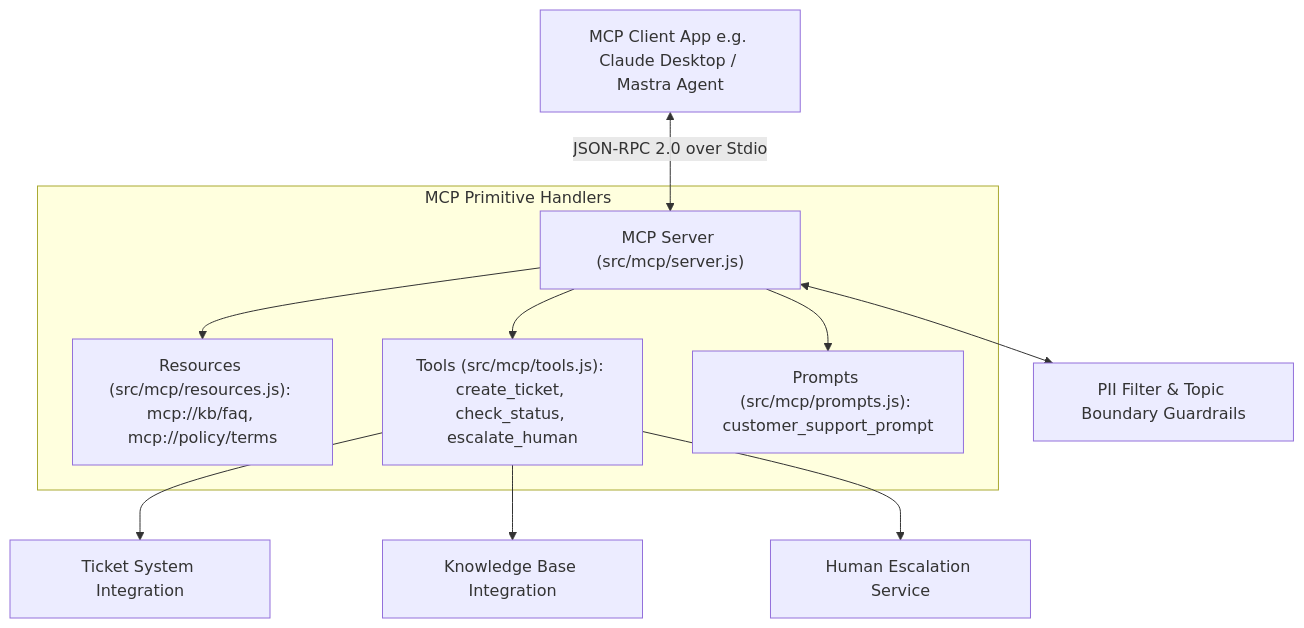
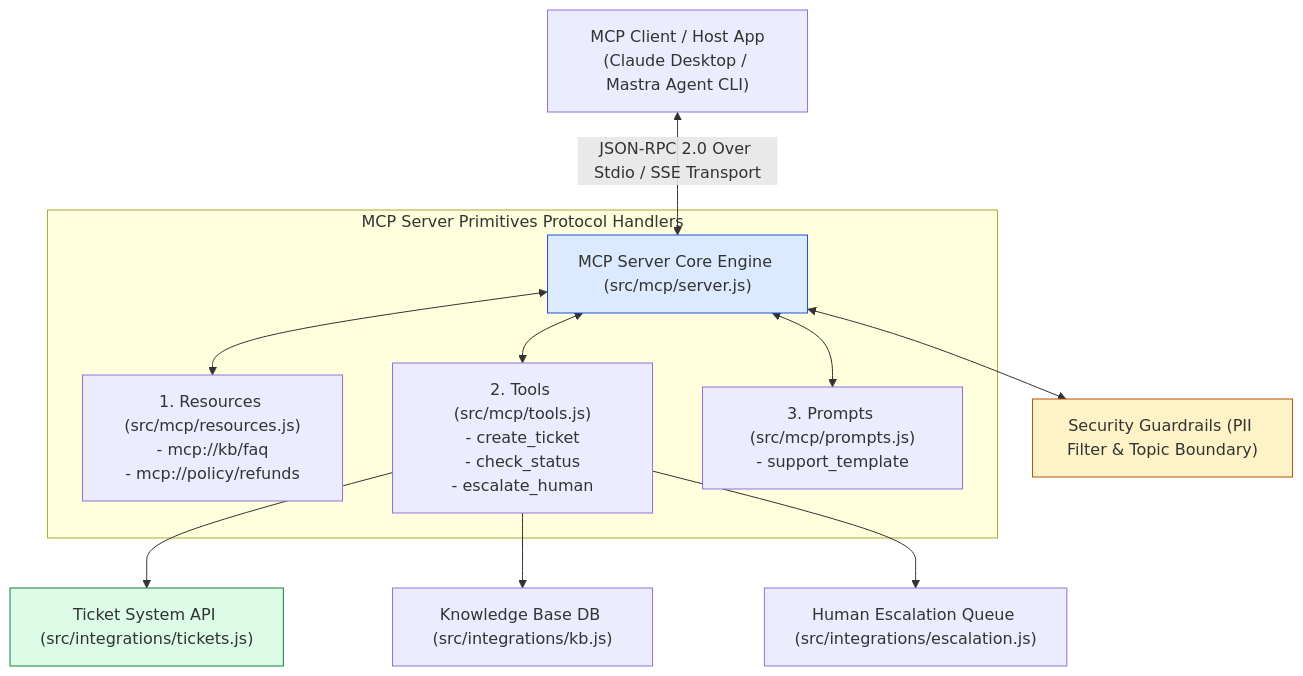
The first of 3 diagrams in agentic-ai-notes/06-seva-mcp/00-seva-mcp-overview.md (Amie-dev/engineering-playbook), drawn with Mermaid before and after one commit. The commit also changed other lines of this file and 12 other files, not shown here.

````diff
--- a/agentic-ai-notes/06-seva-mcp/00-seva-mcp-overview.md
+++ b/agentic-ai-notes/06-seva-mcp/00-seva-mcp-overview.md
@@ -10,16 +13,20 @@
 ```mermaid
 flowchart TD
-    Client[MCP Client App e.g. Claude Desktop / Mastra Agent] <-->|JSON-RPC 2.0 over Stdio| MCPServer["MCP Server (src/mcp/server.js)"]
+    HostClient["MCP Client / Host App<br/>(Claude Desktop / Mastra Agent CLI)"] <-->|"JSON-RPC 2.0 Over Stdio / SSE Transport"| MCPServer["MCP Server Core Engine (src/mcp/server.js)"]
 
-    subgraph MCP Primitive Handlers
-        MCPServer --> Resources["Resources (src/mcp/resources.js): mcp://kb/faq, mcp://policy/terms"]
-        MCPServer --> Tools["Tools (src/mcp/tools.js): create_ticket, check_status, escalate_human"]
-        MCPServer --> Prompts["Prompts (src/mcp/prompts.js): customer_support_prompt"]
+    subgraph MCP Server Primitives Protocol Handlers
+        MCPServer <--> Resources["1. Resources (src/mcp/resources.js)<br/>- mcp://kb/faq<br/>- mcp://policy/refunds"]
+        MCPServer <--> Tools["2. Tools (src/mcp/tools.js)<br/>- create_ticket<br/>- check_status<br/>- escalate_human"]
+        MCPServer <--> Prompts["3. Prompts (src/mcp/prompts.js)<br/>- support_template"]
     end
 
-    Tools --> TicketSys[Ticket System Integration]
-    Tools --> KB[Knowledge Base Integration]
-    Tools --> HumanEscalation[Human Escalation Service]
+    Tools --> TicketSys["Ticket System API (src/integrations/tickets.js)"]
+    Tools --> KBStore["Knowledge Base DB (src/integrations/kb.js)"]
+    Tools --> EscalationSys["Human Escalation Queue (src/integrations/escalation.js)"]
 
-    MCPServer <--> Guardrails[PII Filter & Topic Boundary Guardrails]
+    MCPServer <--> Guardrails["Security Guardrails (PII Filter & Topic Boundary)"]
+
+    style MCPServer fill:#dbeafe,stroke:#1d4ed8
+    style Guardrails fill:#fef3c7,stroke:#b45309
+    style TicketSys fill:#dcfce7,stroke:#15803d
 ```
````
